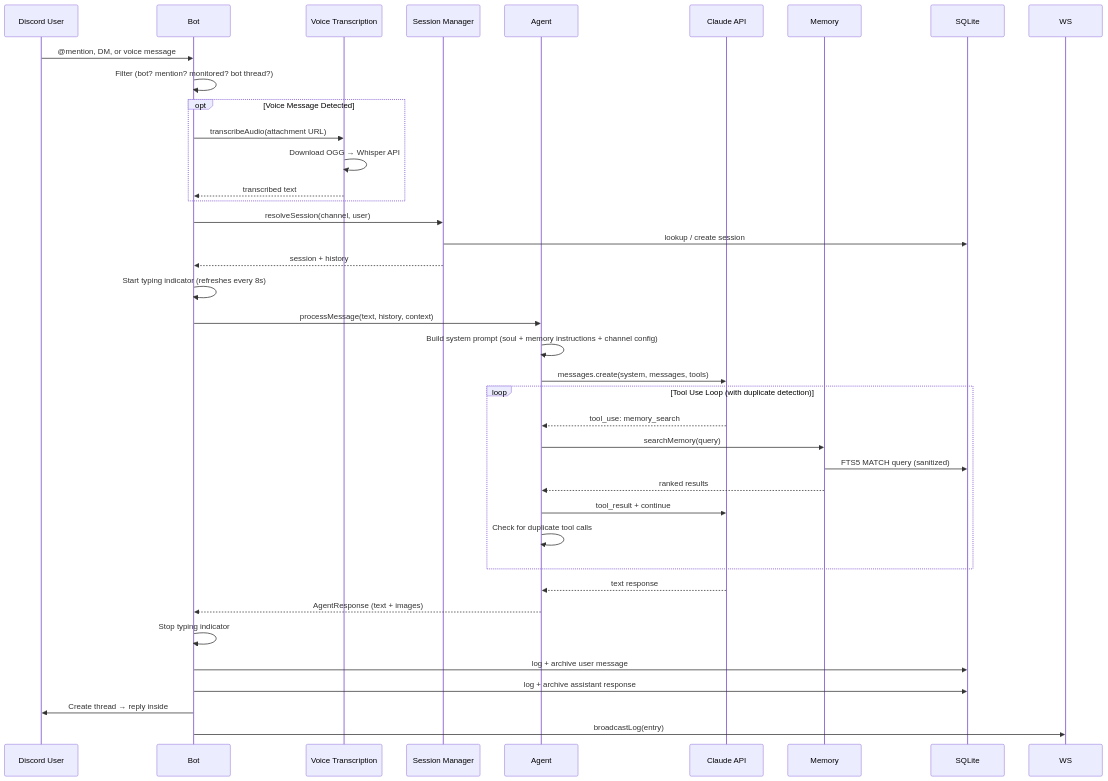
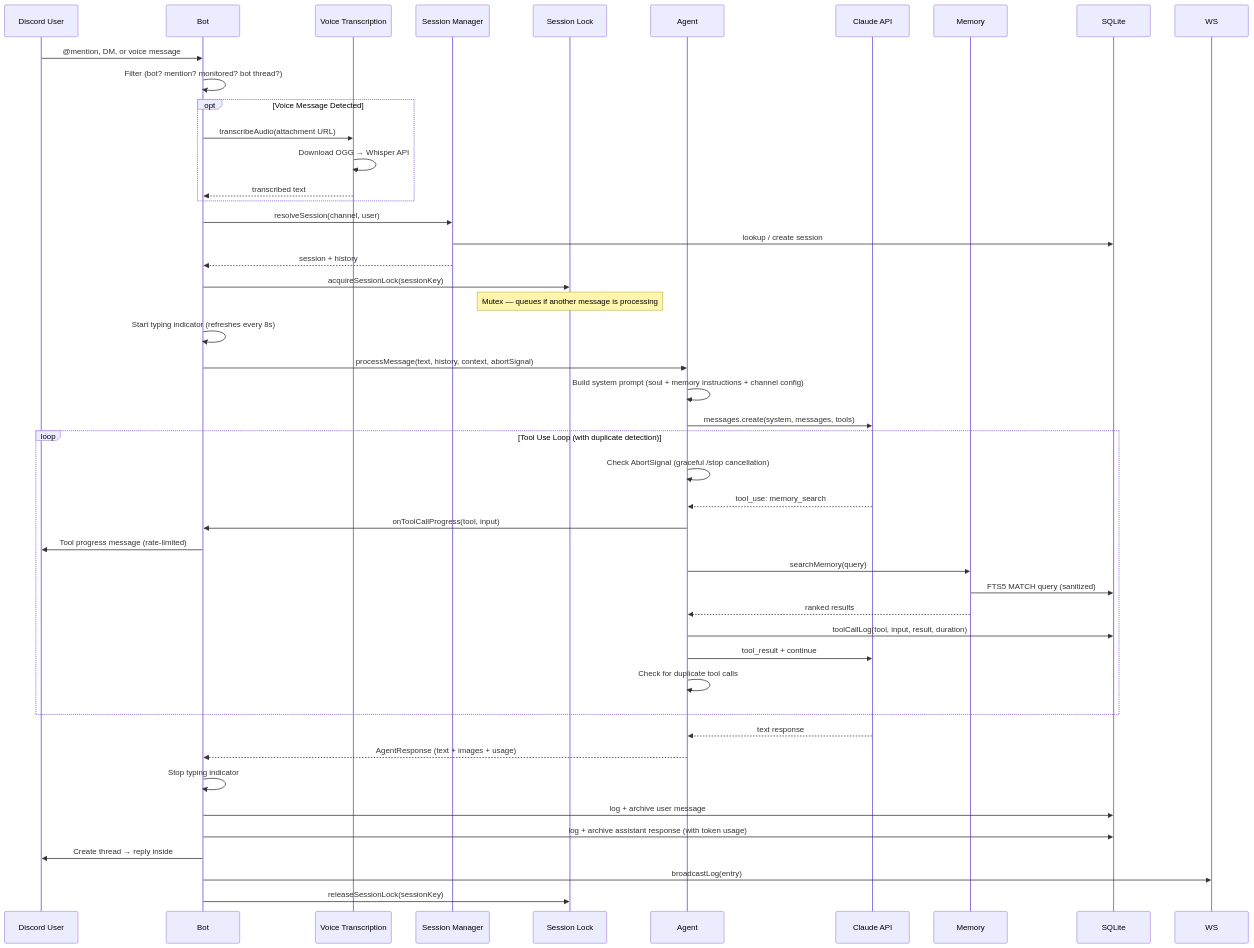
One commit to NaichuanZhang/discord-claw changed the second of 10 diagrams in README.md. Above: the diagram before and after it, drawn with Mermaid. The commit also changed other lines of this file, not shown here.

Commit message:
feat(evolution): docs: Update README with /stop command, session locking, structured logging, tool call progress, Daytona sandbox CI (#79)

````diff
--- a/README.md
+++ b/README.md
@@ -336,47 +355,56 @@
 ```mermaid
 sequenceDiagram
     participant U as Discord User
     participant B as Bot
     participant V as Voice Transcription
     participant S as Session Manager
+    participant L as Session Lock
     participant A as Agent
     participant C as Claude API
     participant M as Memory
     participant DB as SQLite
 
     U->>B: @mention, DM, or voice message
     B->>B: Filter (bot? mention? monitored? bot thread?)
 
     opt Voice Message Detected
         B->>V: transcribeAudio(attachment URL)
         V->>V: Download OGG → Whisper API
         V-->>B: transcribed text
     end
 
     B->>S: resolveSession(channel, user)
     S->>DB: lookup / create session
     S-->>B: session + history
 
+    B->>L: acquireSessionLock(sessionKey)
+    Note over L: Mutex — queues if another message is processing
+
     B->>B: Start typing indicator (refreshes every 8s)
-    B->>A: processMessage(text, history, context)
+    B->>A: processMessage(text, history, context, abortSignal)
     A->>A: Build system prompt (soul + memory instructions + channel config)
     A->>C: messages.create(system, messages, tools)
 
     loop Tool Use Loop (with duplicate detection)
+        A->>A: Check AbortSignal (graceful /stop cancellation)
         C-->>A: tool_use: memory_search
+        A->>B: onToolCallProgress(tool, input)
+        B->>U: Tool progress message (rate-limited)
         A->>M: searchMemory(query)
         M->>DB: FTS5 MATCH query (sanitized)
         M-->>A: ranked results
+        A->>DB: toolCallLog(tool, input, result, duration)
         A->>C: tool_result + continue
         A->>A: Check for duplicate tool calls
     end
 
     C-->>A: text response
-    A-->>B: AgentResponse (text + images)
+    A-->>B: AgentResponse (text + images + usage)
 
     B->>B: Stop typing indicator
     B->>DB: log + archive user message
-    B->>DB: log + archive assistant response
+    B->>DB: log + archive assistant response (with token usage)
     B->>U: Create thread → reply inside
     B->>WS: broadcastLog(entry)
+    B->>L: releaseSessionLock(sessionKey)
 ```
````
